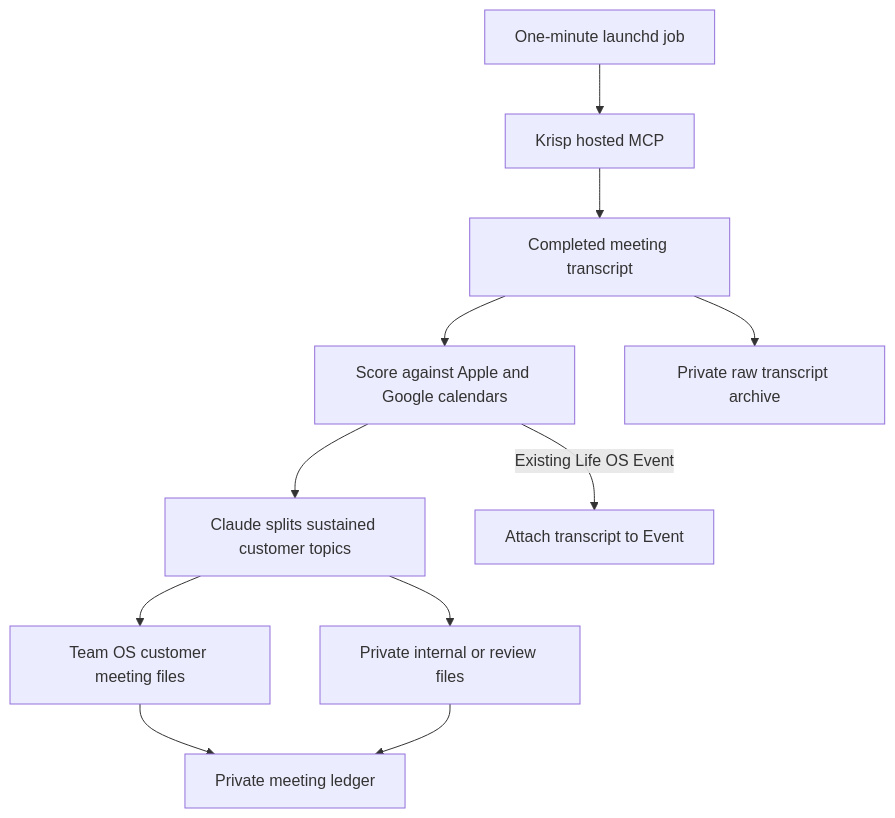
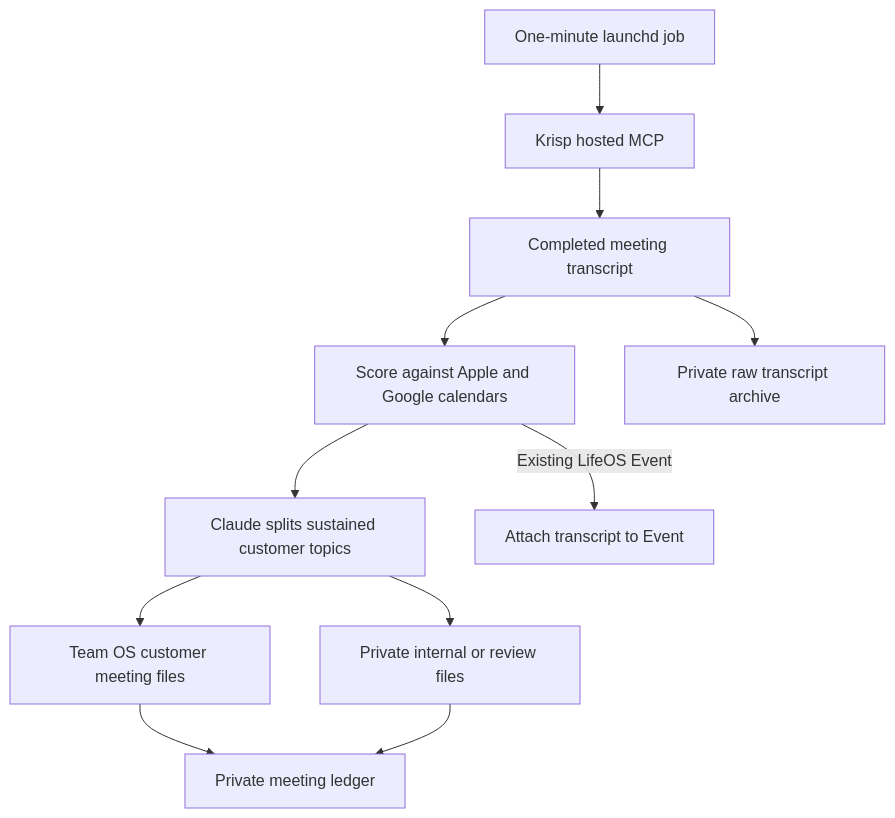
One commit to josephdfryer/life-os changed the tenth of 24 diagrams in docs/PERSONS_ARCHITECTURE.md. Above: the diagram before and after it, drawn with Mermaid. The commit also changed other lines of this file and 72 other files, not shown here.

````diff
--- a/docs/PERSONS_ARCHITECTURE.md
+++ b/docs/PERSONS_ARCHITECTURE.md
@@ -387,13 +394,13 @@
 ```mermaid
 flowchart TD
   Launchd["One-minute launchd job"] --> KrispMCP["Krisp hosted MCP"]
   KrispMCP --> Transcript["Completed meeting transcript"]
   Transcript --> Calendar["Score against Apple and Google calendars"]
   Calendar --> Split["Claude splits sustained customer topics"]
   Split --> Customer["Team OS customer meeting files"]
   Split --> Private["Private internal or review files"]
   Customer --> Ledger["Private meeting ledger"]
   Private --> Ledger
   Transcript --> Archive["Private raw transcript archive"]
-  Calendar -->|Existing Life OS Event| EventTranscript["Attach transcript to Event"]
+  Calendar -->|Existing LifeOS Event| EventTranscript["Attach transcript to Event"]
 ```
````
